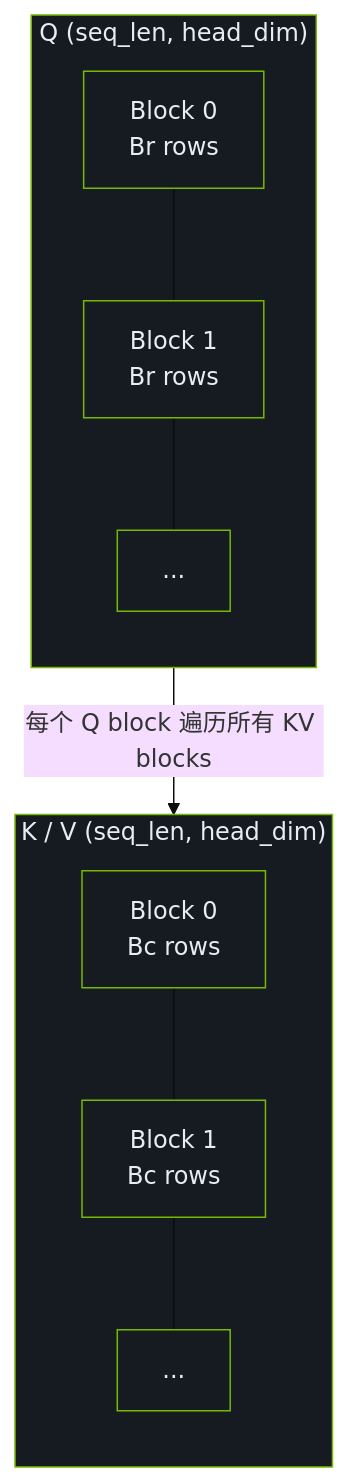
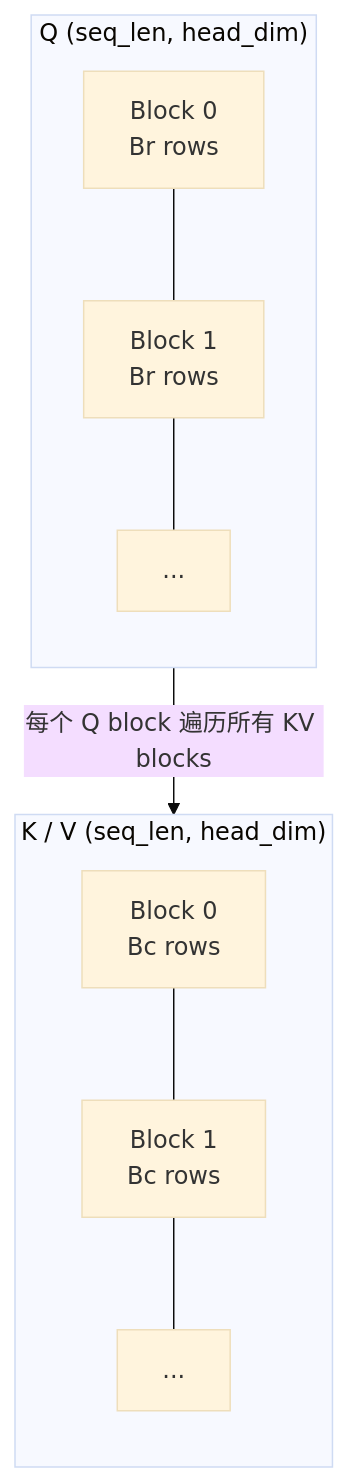
Before and after one commit to LessUp/cuda-kernel-academy: the third of 4 diagrams in docs/zh/modules/03/flash-attention.md, drawn with Mermaid (base theme). The commit also changed other lines of this file and 45 other files, not shown here.

````diff
--- a/docs/zh/modules/03/flash-attention.md
+++ b/docs/zh/modules/03/flash-attention.md
@@ -77,23 +77,15 @@
 ```mermaid
 flowchart TB
     subgraph Q_mat["Q (seq_len, head_dim)"]
         direction TB
         Q1["Block 0<br/>Br rows"] --- Q2["Block 1<br/>Br rows"] --- Q3["..."]
     end
 
     subgraph KV_mat["K / V (seq_len, head_dim)"]
         direction TB
         K1["Block 0<br/>Bc rows"] --- K2["Block 1<br/>Bc rows"] --- K3["..."]
     end
 
     Q_mat -->|"每个 Q block 遍历所有 KV blocks"| KV_mat
 
-    style Q_mat fill:#161b22,stroke:#76B900,color:#e6edf3
-    style KV_mat fill:#161b22,stroke:#76B900,color:#e6edf3
-    style Q1 fill:#161b22,stroke:#76B900,color:#e6edf3
-    style Q2 fill:#161b22,stroke:#76B900,color:#e6edf3
-    style Q3 fill:#161b22,stroke:#76B900,color:#e6edf3
-    style K1 fill:#161b22,stroke:#76B900,color:#e6edf3
-    style K2 fill:#161b22,stroke:#76B900,color:#e6edf3
-    style K3 fill:#161b22,stroke:#76B900,color:#e6edf3
 ```
````
